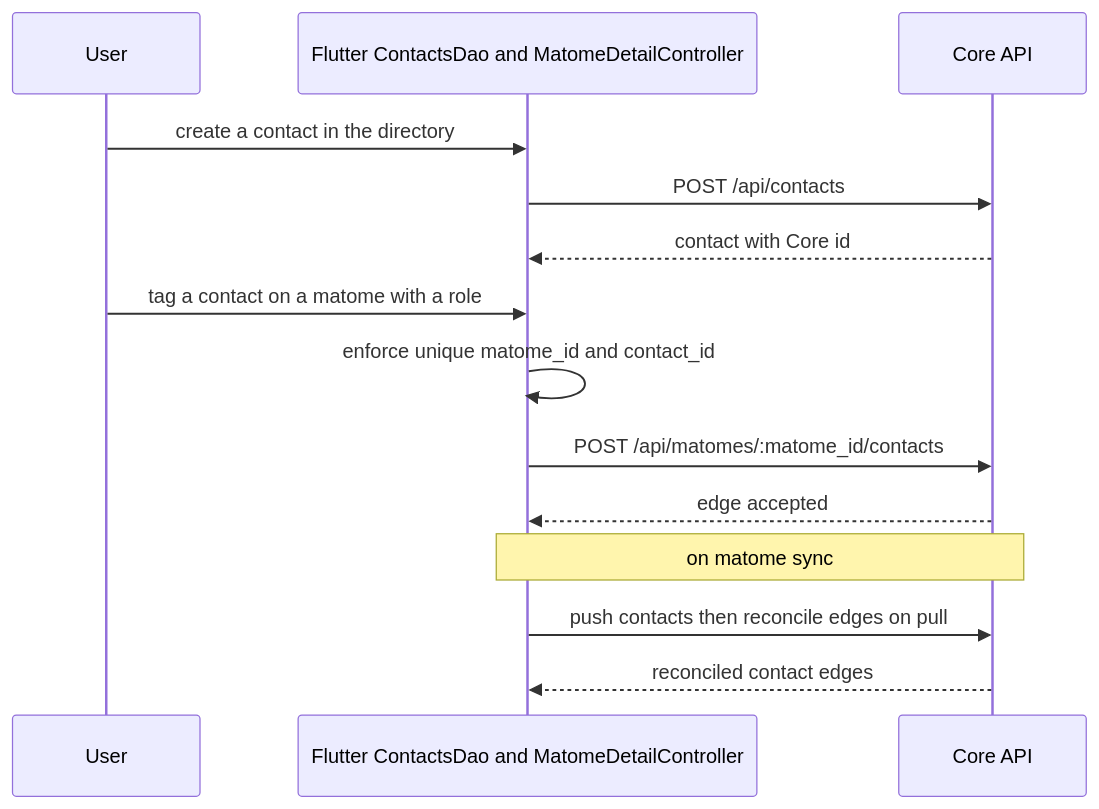
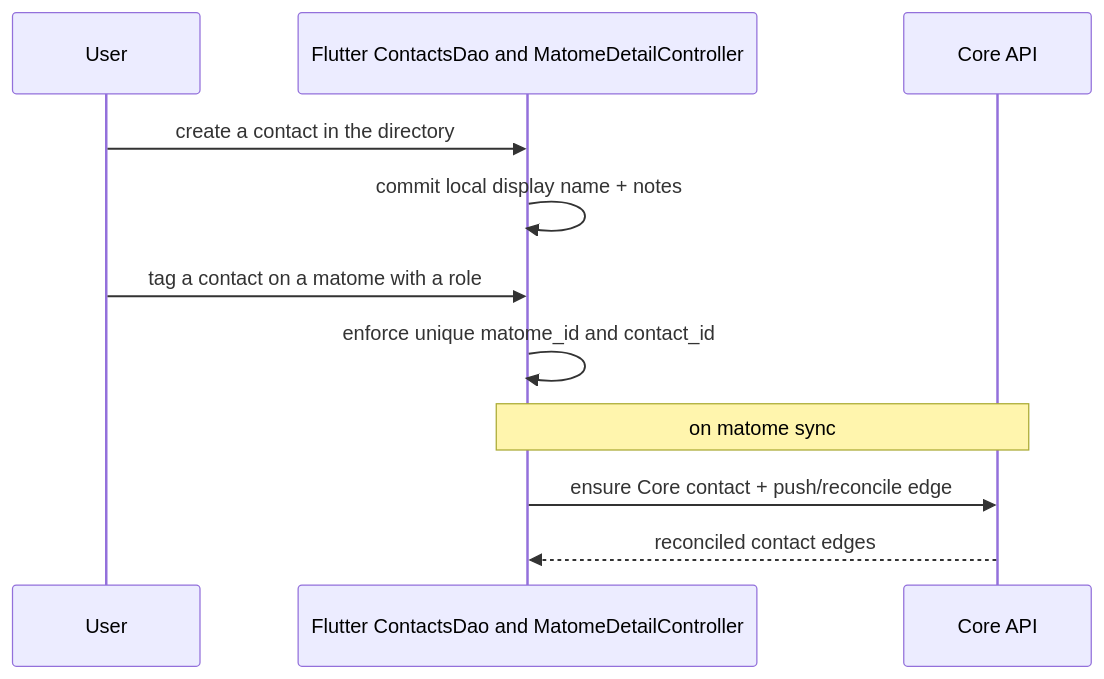
One commit to matome-org/matome-app changed the diagram in .docs/use-cases/uc-07-manage-contacts.md. Above: the diagram before and after it, drawn with Mermaid. The commit also changed other lines of this file and 17 other files, not shown here.

````diff
--- a/.docs/use-cases/uc-07-manage-contacts.md
+++ b/.docs/use-cases/uc-07-manage-contacts.md
@@ -34,16 +43,13 @@
 ```mermaid
 sequenceDiagram
   participant U as User
   participant F as Flutter ContactsDao and MatomeDetailController
   participant API as Core API
   U->>F: create a contact in the directory
-  F->>API: POST /api/contacts
-  API-->>F: contact with Core id
+  F->>F: commit local display name + notes
   U->>F: tag a contact on a matome with a role
   F->>F: enforce unique matome_id and contact_id
-  F->>API: POST /api/matomes/:matome_id/contacts
-  API-->>F: edge accepted
   Note over F,API: on matome sync
-  F->>API: push contacts then reconcile edges on pull
+  F->>API: ensure Core contact + push/reconcile edge
   API-->>F: reconciled contact edges
 ```
````
